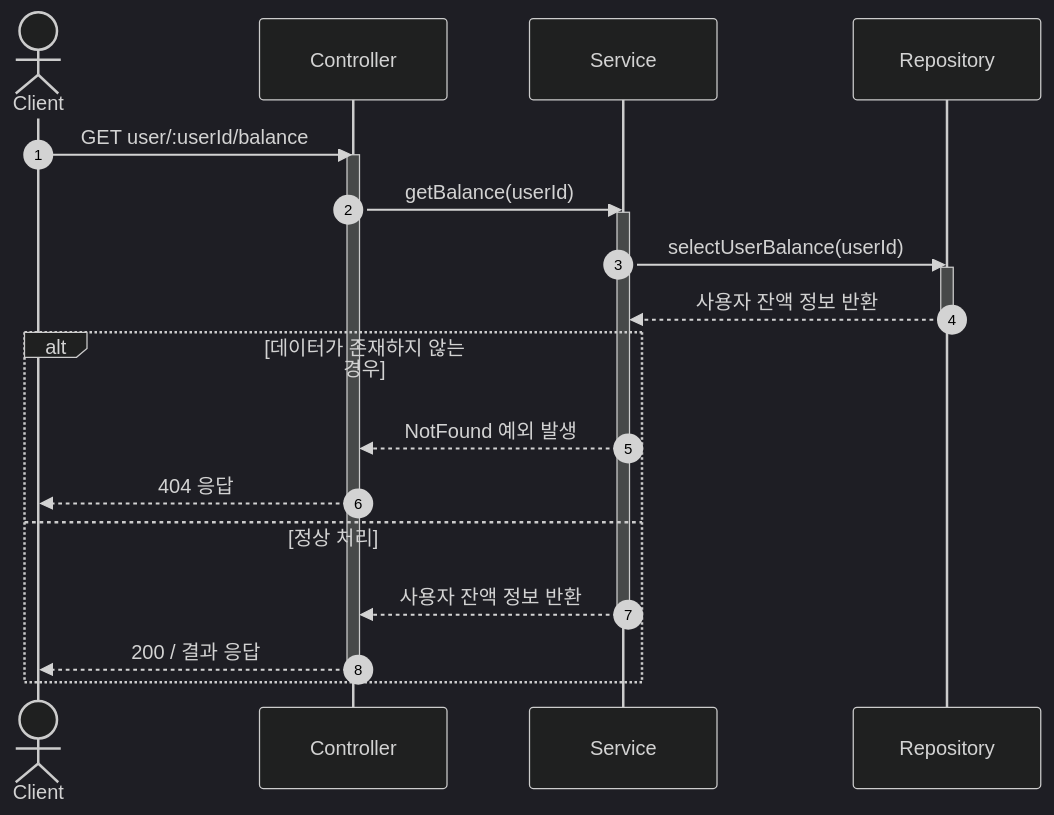
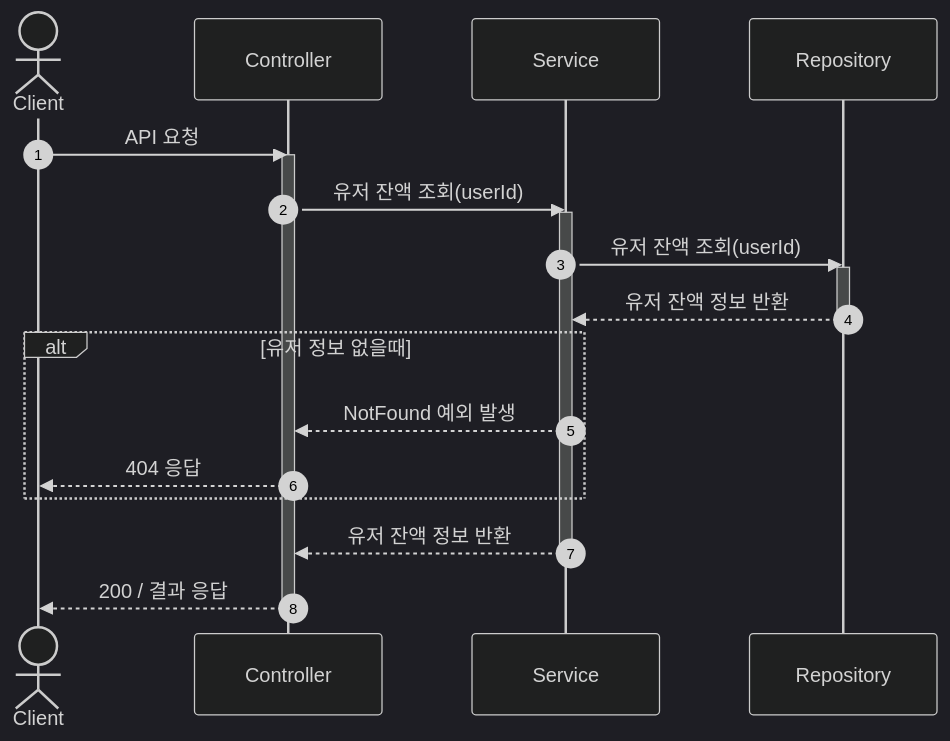
Before and after one commit to wooo73/hhplus-e-commerce: the second of 7 diagrams in docs/sequence-diagram.md, drawn with Mermaid (dark theme). The commit also changed other lines of this file, not shown here.

First line of the commit message:
docs: 시퀀스 다이어그램 수정

````diff
--- a/docs/sequence-diagram.md
+++ b/docs/sequence-diagram.md
@@ -49,27 +51,27 @@
 ```mermaid
 sequenceDiagram
 autonumber
     actor Client
     participant Controller
     participant Service
     participant Repository
 
-    Client ->> Controller: GET user/:userId/balance
+    Client ->> Controller: API 요청
     activate Controller
-    Controller ->> Service: getBalance(userId)
+    Controller ->> Service: 유저 잔액 조회(userId)
     activate Service
-    Service ->> Repository: selectUserBalance(userId)
+    Service ->> Repository: 유저 잔액 조회(userId)
     activate Repository
-    Repository -->> Service: 사용자 잔액 정보 반환
+    Repository -->> Service: 유저 잔액 정보 반환
     deactivate Repository
 
-    alt 데이터가 존재하지 않는 경우
+    alt 유저 정보 없을때
         Service -->> Controller: NotFound 예외 발생
         Controller -->> Client: 404 응답
-    else 정상 처리
-    Service -->> Controller: 사용자 잔액 정보 반환
+    end
+
+    Service -->> Controller: 유저 잔액 정보 반환
     deactivate Service
     Controller -->> Client: 200 / 결과 응답
     deactivate Controller
-    end
 ```
````
